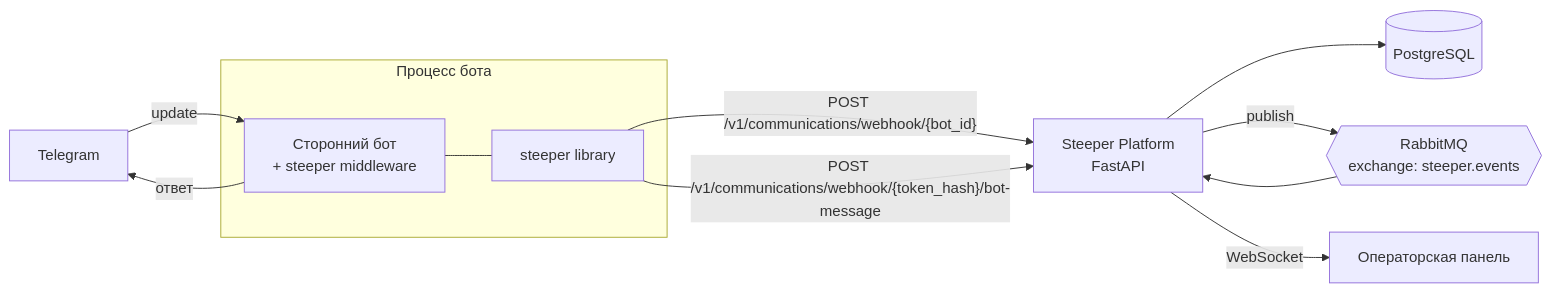
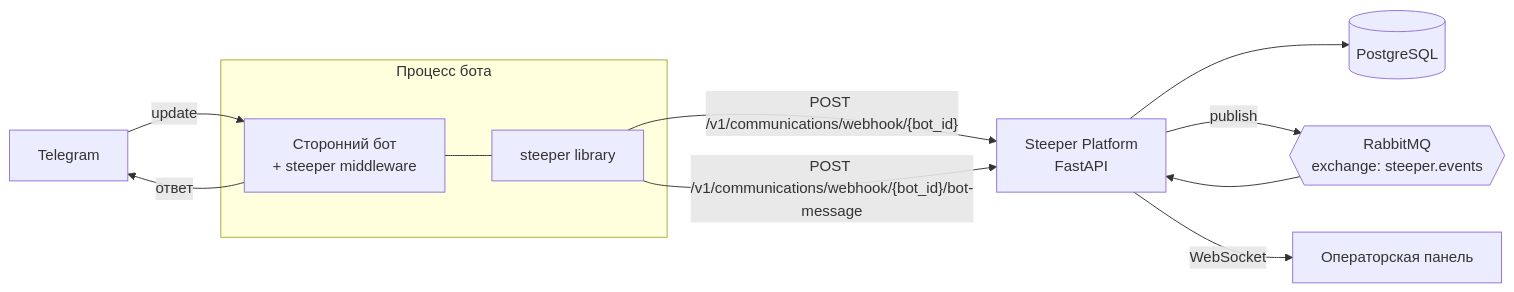
Before and after one commit to KarimovMurodilla/steeper: the first of 3 diagrams in docs/OVERVIEW.md, drawn with Mermaid. The commit also changed other lines of this file and 7 other files, not shown here.

First line of the commit message:
refactor!: authenticate bot-message via header, bump to 0.2.0

````diff
--- a/docs/OVERVIEW.md
+++ b/docs/OVERVIEW.md
@@ -52,17 +52,17 @@
 ```mermaid
 flowchart LR
     TG[Telegram] -->|update| BOT[Сторонний бот\n+ steeper middleware]
     BOT -->|ответ| TG
 
     subgraph CLIENT[Процесс бота]
         BOT --- LIB[steeper library]
     end
 
     LIB -->|"POST /v1/communications/webhook/{bot_id}"| API[Steeper Platform\nFastAPI]
-    LIB -->|"POST /v1/communications/webhook/{token_hash}/bot-message"| API
+    LIB -->|"POST /v1/communications/webhook/{bot_id}/bot-message"| API
 
     API --> DB[(PostgreSQL)]
     API -->|publish| MQ{{RabbitMQ\nexchange: steeper.events}}
     MQ --> API
     API -->|WebSocket| UI[Операторская панель]
 ```
````
